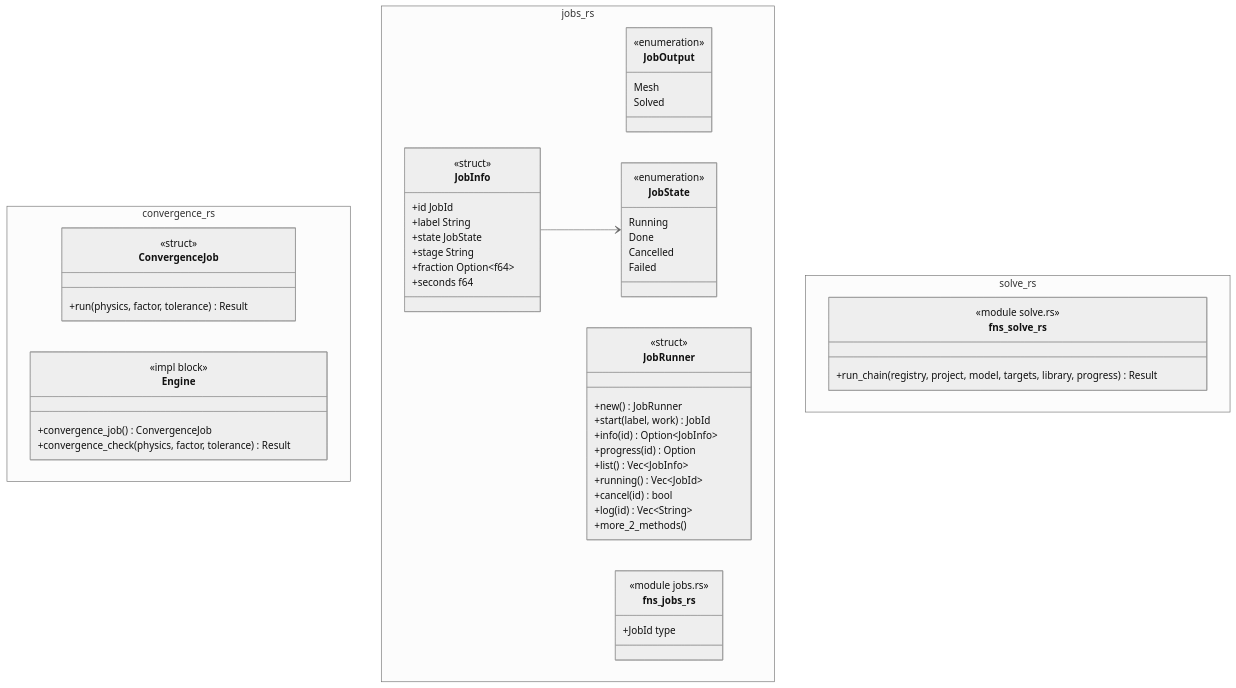
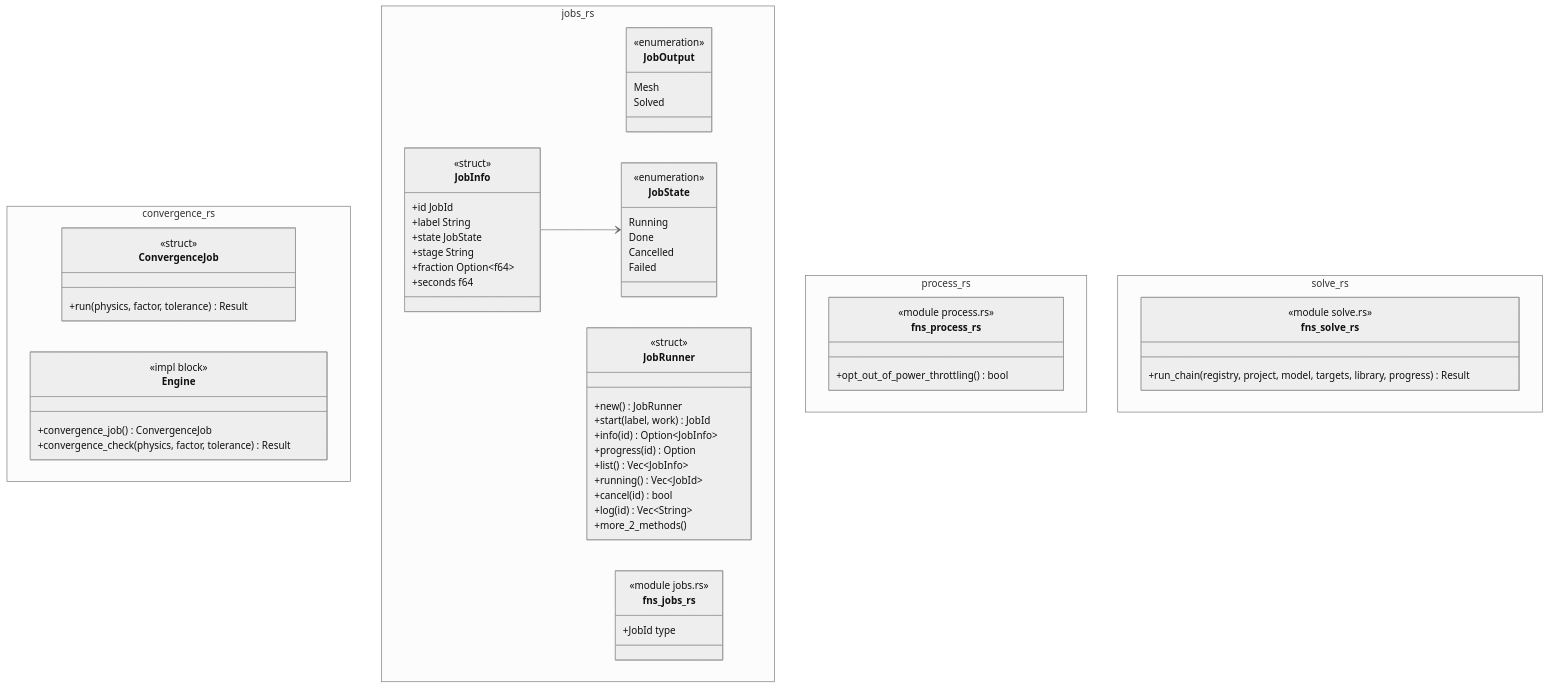
The diagram in docs/architecture/c4/4-code/engine/jobs.md (p-j-r/nyx), drawn with Mermaid (neutral theme) before and after one commit. The commit also changed other lines of this file and 27 other files, not shown here.

First line of the commit message:
Windows: the window, nyx --batch and nyx-mcp opt out of power throttling at start-up (nyx_engine::process); timing only, no number changes

````diff
--- a/docs/architecture/c4/4-code/engine/jobs.md
+++ b/docs/architecture/c4/4-code/engine/jobs.md
@@ -41,60 +43,66 @@
 ```mermaid
 classDiagram
   namespace convergence_rs {
     class ConvergenceJob {
         <<struct>>
         +run(physics, factor, tolerance) Result
     }
     class Engine {
         <<impl block>>
         +convergence_job() ConvergenceJob
         +convergence_check(physics, factor, tolerance) Result
     }
   }
   namespace jobs_rs {
     class JobOutput {
         <<enumeration>>
         Mesh
         Solved
     }
     class JobState {
         <<enumeration>>
         Running
         Done
         Cancelled
         Failed
     }
     class JobInfo {
         <<struct>>
         +id JobId
         +label String
         +state JobState
         +stage String
         +fraction Option~f64~
         +seconds f64
     }
     class JobRunner {
         <<struct>>
         +new() JobRunner
         +start(label, work) JobId
         +info(id) Option~JobInfo~
         +progress(id) Option
         +list() Vec~JobInfo~
         +running() Vec~JobId~
         +cancel(id) bool
         +log(id) Vec~String~
         +more_2_methods()
     }
     class fns_jobs_rs {
         <<module jobs.rs>>
         +JobId type
     }
   }
+  namespace process_rs {
+    class fns_process_rs {
+        <<module process.rs>>
+        +opt_out_of_power_throttling() bool
+    }
+  }
   namespace solve_rs {
     class fns_solve_rs {
         <<module solve.rs>>
         +run_chain(registry, project, model, targets, library, progress) Result
     }
   }
   JobInfo --> JobState
 ```
````
